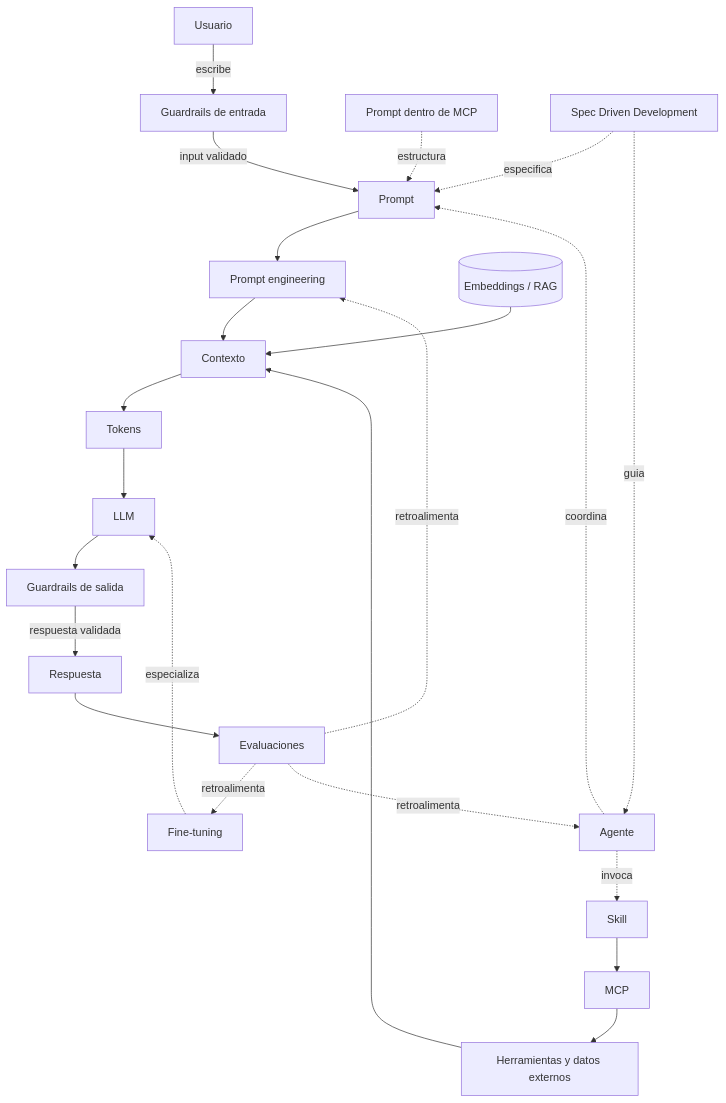
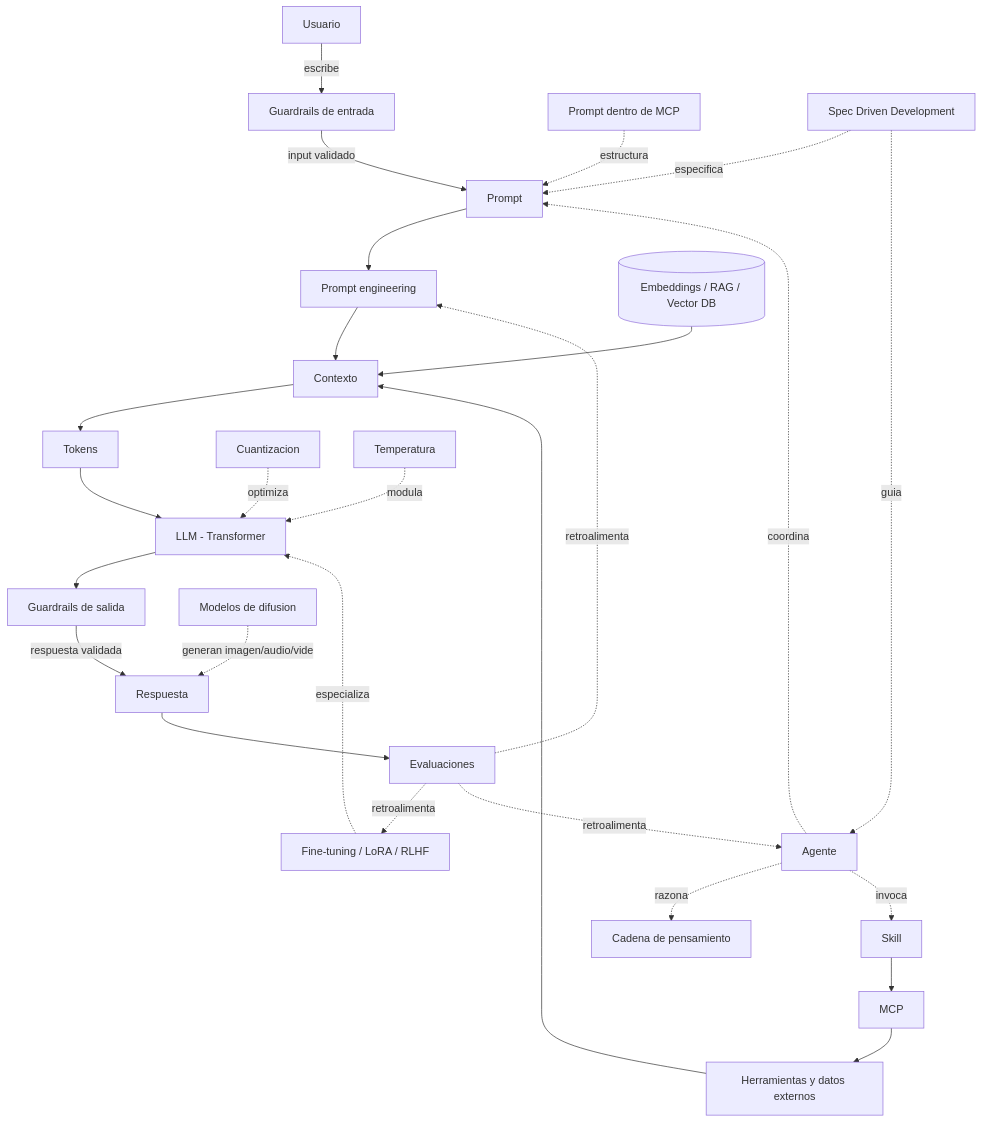
Before and after one commit to jjrosalesuci/ia: the diagram in Conceptos/00-indice.md, drawn with Mermaid. The commit also changed other lines of this file and 11 other files, not shown here.

````diff
--- a/Conceptos/00-indice.md
+++ b/Conceptos/00-indice.md
@@ -60,25 +98,29 @@
 ```mermaid
 flowchart TD
     U[Usuario] -->|escribe| GI[Guardrails de entrada]
     GI -->|input validado| P[Prompt]
     P --> PE[Prompt engineering]
     PE --> CTX[Contexto]
-    EMB[(Embeddings / RAG)] --> CTX
+    EMB[(Embeddings / RAG / Vector DB)] --> CTX
     CTX --> TOK[Tokens]
-    TOK --> LLM[LLM]
+    TOK --> LLM[LLM - Transformer]
     LLM --> GO[Guardrails de salida]
     GO -->|respuesta validada| RESP[Respuesta]
     AG[Agente] -.coordina.-> P
+    AG -.razona.-> CoT[Cadena de pensamiento]
     AG -.invoca.-> SK[Skill]
     SK --> MCP[MCP]
     MCP --> TOOLS[Herramientas y datos externos]
     TOOLS --> CTX
-    FT[Fine-tuning] -.especializa.-> LLM
+    FT[Fine-tuning / LoRA / RLHF] -.especializa.-> LLM
+    QNT[Cuantizacion] -.optimiza.-> LLM
     PMCP[Prompt dentro de MCP] -.estructura.-> P
+    TEMP[Temperatura] -.modula.-> LLM
     RESP --> EVAL[Evaluaciones]
     EVAL -.retroalimenta.-> PE
     EVAL -.retroalimenta.-> FT
     EVAL -.retroalimenta.-> AG
     SDD[Spec Driven Development] -.especifica.-> P
     SDD -.guia.-> AG
+    DIFF[Modelos de difusion] -.generan imagen/audio/video.-> RESP
 ```
````
